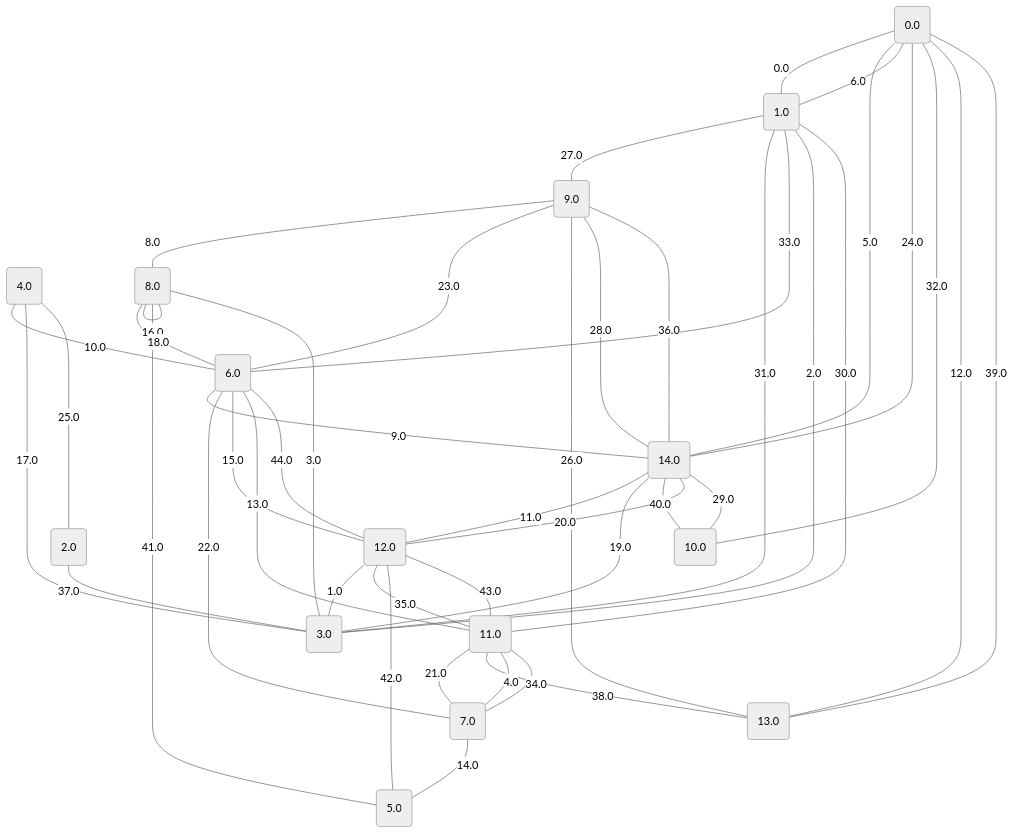
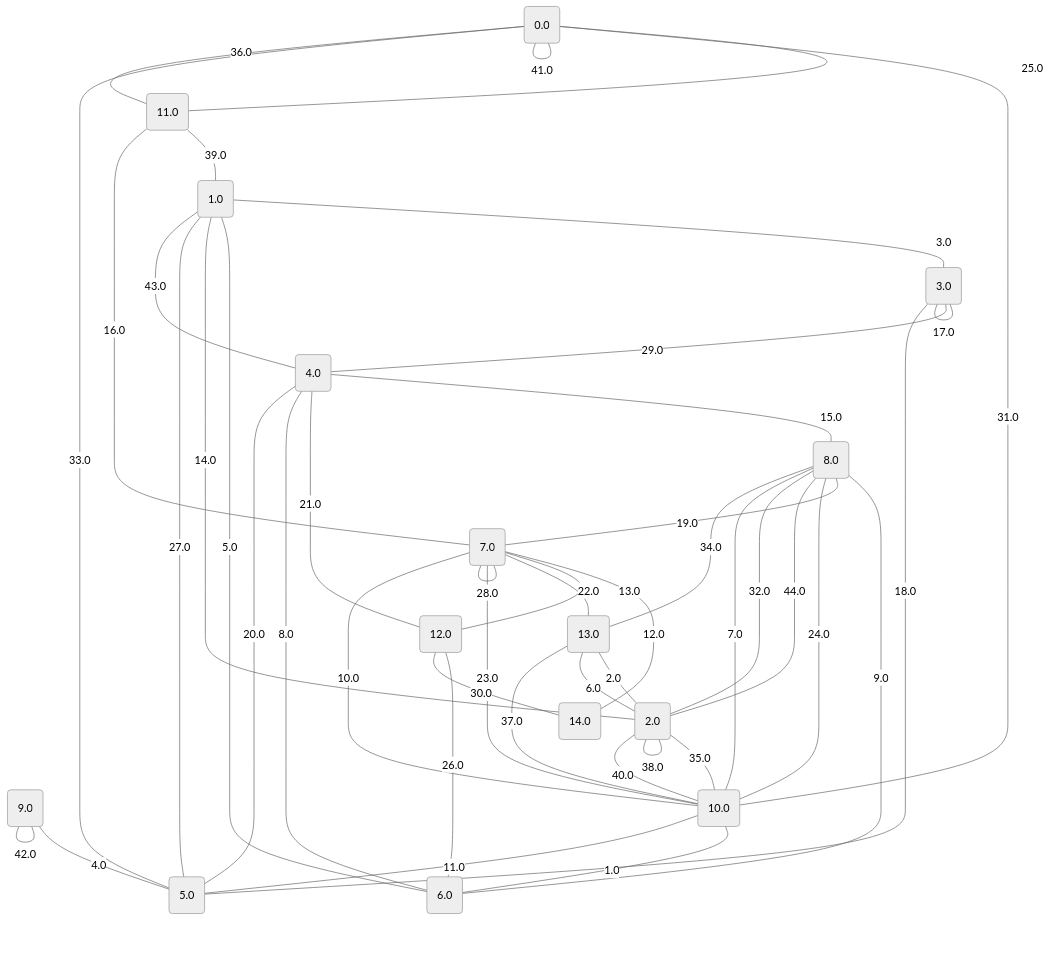
One commit to metury/graphs changed the diagram in project/src/testing/graphs/10.md. Above: the diagram before and after it, drawn with Mermaid (neutral theme). The commit also changed 27 other files, not shown here.

````diff
--- a/project/src/testing/graphs/10.md
+++ b/project/src/testing/graphs/10.md
@@ -1,63 +1,63 @@
 ```mermaid
 graph TD;
 0("0.0");
 1("1.0");
 2("2.0");
 3("3.0");
 4("4.0");
 5("5.0");
 6("6.0");
 7("7.0");
 8("8.0");
 9("9.0");
 10("10.0");
 11("11.0");
 12("12.0");
 13("13.0");
 14("14.0");
-	0 -- "0.0" --- 1;
-	12 -- "1.0" --- 3;
-	3 -- "2.0" --- 1;
-	3 -- "3.0" --- 8;
-	7 -- "4.0" --- 11;
-	0 -- "5.0" --- 14;
-	0 -- "6.0" --- 1;
-	8 -- "7.0" --- 8;
-	9 -- "8.0" --- 8;
-	6 -- "9.0" --- 14;
-	4 -- "10.0" --- 6;
-	14 -- "11.0" --- 12;
-	13 -- "12.0" --- 0;
-	11 -- "13.0" --- 6;
-	7 -- "14.0" --- 5;
-	12 -- "15.0" --- 6;
-	8 -- "16.0" --- 8;
-	4 -- "17.0" --- 3;
-	8 -- "18.0" --- 6;
-	14 -- "19.0" --- 3;
-	12 -- "20.0" --- 14;
-	11 -- "21.0" --- 7;
-	6 -- "22.0" --- 7;
-	9 -- "23.0" --- 6;
-	0 -- "24.0" --- 14;
-	4 -- "25.0" --- 2;
-	13 -- "26.0" --- 9;
-	1 -- "27.0" --- 9;
-	14 -- "28.0" --- 9;
-	10 -- "29.0" --- 14;
-	11 -- "30.0" --- 1;
-	1 -- "31.0" --- 3;
-	0 -- "32.0" --- 10;
-	1 -- "33.0" --- 6;
-	7 -- "34.0" --- 11;
-	12 -- "35.0" --- 11;
-	14 -- "36.0" --- 9;
-	2 -- "37.0" --- 3;
-	11 -- "38.0" --- 13;
-	13 -- "39.0" --- 0;
-	14 -- "40.0" --- 10;
-	8 -- "41.0" --- 5;
-	5 -- "42.0" --- 12;
-	11 -- "43.0" --- 12;
-	12 -- "44.0" --- 6;
+	0 -- "0.0" --- 0;
+	10 -- "1.0" --- 6;
+	13 -- "2.0" --- 2;
+	1 -- "3.0" --- 3;
+	9 -- "4.0" --- 5;
+	1 -- "5.0" --- 6;
+	2 -- "6.0" --- 13;
+	10 -- "7.0" --- 8;
+	6 -- "8.0" --- 4;
+	8 -- "9.0" --- 6;
+	10 -- "10.0" --- 7;
+	10 -- "11.0" --- 5;
+	7 -- "12.0" --- 14;
+	7 -- "13.0" --- 12;
+	1 -- "14.0" --- 2;
+	4 -- "15.0" --- 8;
+	7 -- "16.0" --- 11;
+	3 -- "17.0" --- 3;
+	5 -- "18.0" --- 3;
+	8 -- "19.0" --- 7;
+	5 -- "20.0" --- 4;
+	4 -- "21.0" --- 12;
+	7 -- "22.0" --- 13;
+	7 -- "23.0" --- 10;
+	8 -- "24.0" --- 10;
+	0 -- "25.0" --- 11;
+	12 -- "26.0" --- 6;
+	5 -- "27.0" --- 1;
+	7 -- "28.0" --- 7;
+	3 -- "29.0" --- 4;
+	12 -- "30.0" --- 14;
+	0 -- "31.0" --- 10;
+	2 -- "32.0" --- 8;
+	0 -- "33.0" --- 5;
+	13 -- "34.0" --- 8;
+	2 -- "35.0" --- 10;
+	0 -- "36.0" --- 11;
+	10 -- "37.0" --- 13;
+	2 -- "38.0" --- 2;
+	11 -- "39.0" --- 1;
+	2 -- "40.0" --- 10;
+	0 -- "41.0" --- 0;
+	9 -- "42.0" --- 9;
+	4 -- "43.0" --- 1;
+	8 -- "44.0" --- 2;
 ```
````
